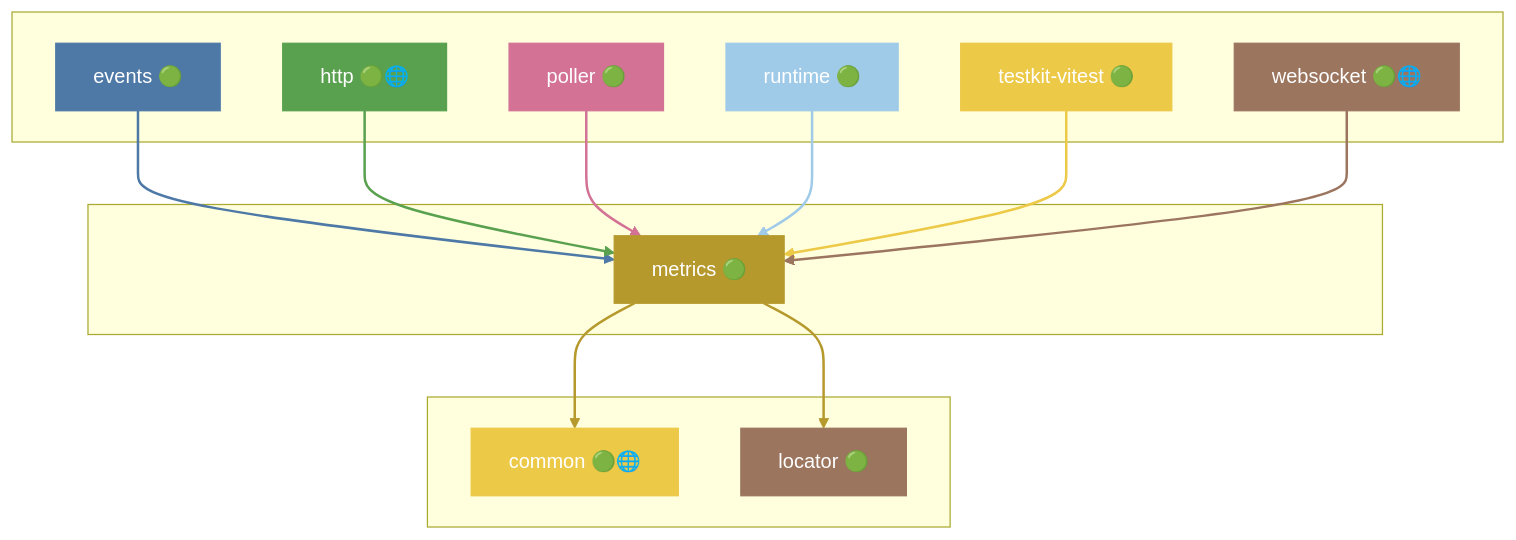
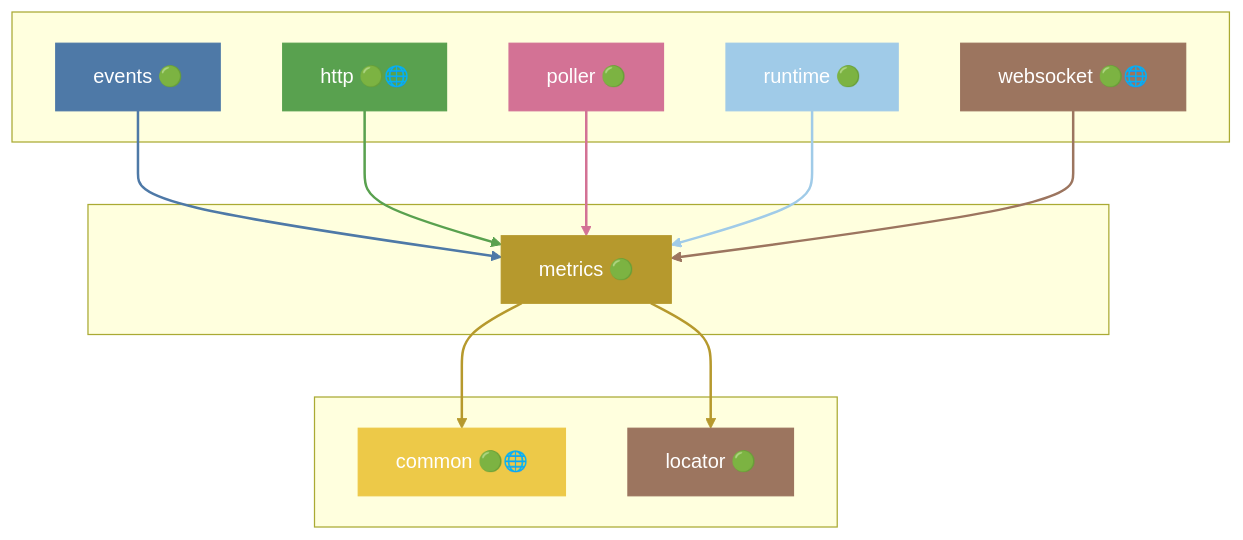
Before and after one commit to grest-ts/grest-ts: diagram 32 of 46 in docs/DEPENDENCIES.md, drawn with Mermaid. The commit also changed other lines of this file and 2 other files, not shown here.

````diff
--- a/docs/DEPENDENCIES.md
+++ b/docs/DEPENDENCIES.md
@@ -1645,43 +1603,39 @@
 ```mermaid
 flowchart TB
     subgraph Dependents[" "]
         events["events 🟢"]
         http["http 🟢🌐"]
         poller["poller 🟢"]
         runtime["runtime 🟢"]
-        testkit-vitest["testkit-vitest 🟢"]
         websocket["websocket 🟢🌐"]
     end
     subgraph Package[" "]
         metrics["metrics 🟢"]
     end
     subgraph Dependencies[" "]
         common["common 🟢🌐"]
         locator["locator 🟢"]
     end
     events --> metrics
     http --> metrics
     poller --> metrics
     runtime --> metrics
-    testkit-vitest --> metrics
     websocket --> metrics
     metrics --> common
     metrics --> locator
     style metrics fill:#B6992D,stroke:#B6992D,color:#fff
     style events fill:#4E79A7,stroke:#4E79A7,color:#fff
     style http fill:#59A14F,stroke:#59A14F,color:#fff
     style poller fill:#D37295,stroke:#D37295,color:#fff
     style runtime fill:#A0CBE8,stroke:#A0CBE8,color:#fff
-    style testkit-vitest fill:#EDC948,stroke:#EDC948,color:#fff
     style websocket fill:#9C755F,stroke:#9C755F,color:#fff
     style common fill:#EDC948,stroke:#EDC948,color:#fff
     style locator fill:#9C755F,stroke:#9C755F,color:#fff
     linkStyle 0 stroke:#4E79A7,stroke-width:2px
     linkStyle 1 stroke:#59A14F,stroke-width:2px
     linkStyle 2 stroke:#D37295,stroke-width:2px
     linkStyle 3 stroke:#A0CBE8,stroke-width:2px
-    linkStyle 4 stroke:#EDC948,stroke-width:2px
-    linkStyle 5 stroke:#9C755F,stroke-width:2px
+    linkStyle 4 stroke:#9C755F,stroke-width:2px
+    linkStyle 5 stroke:#B6992D,stroke-width:2px
     linkStyle 6 stroke:#B6992D,stroke-width:2px
-    linkStyle 7 stroke:#B6992D,stroke-width:2px
 ```
````
